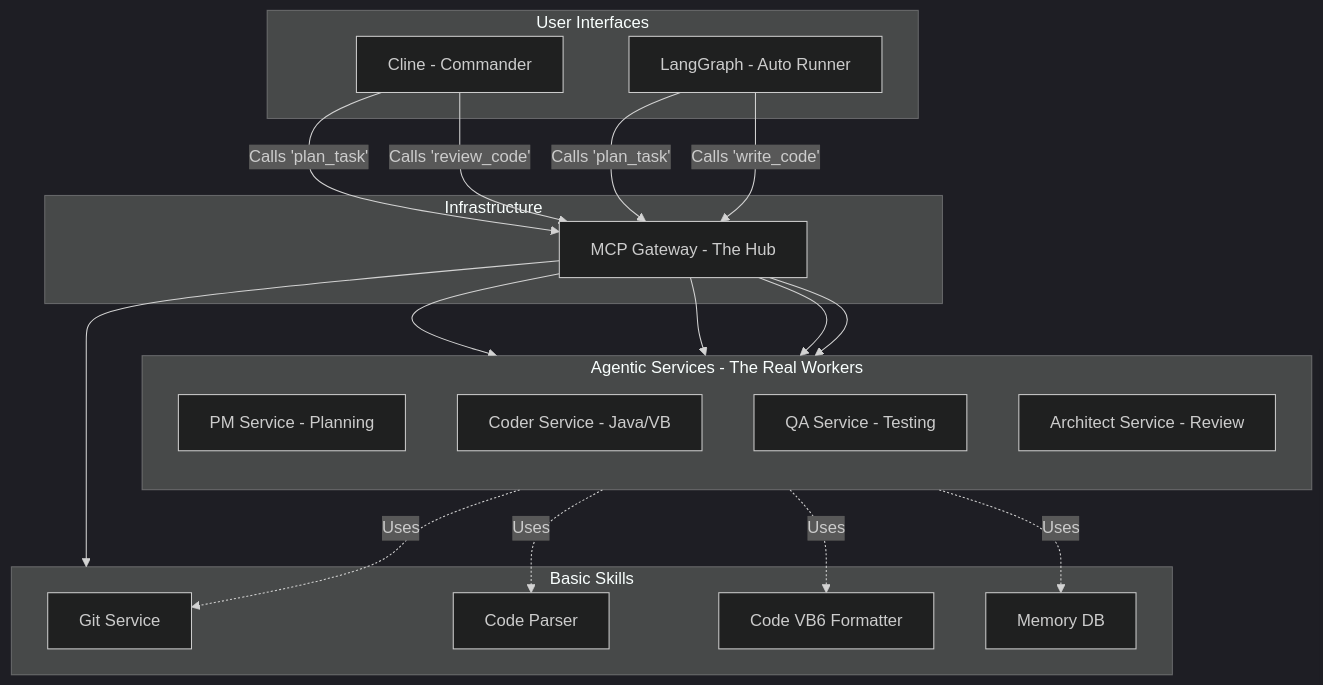
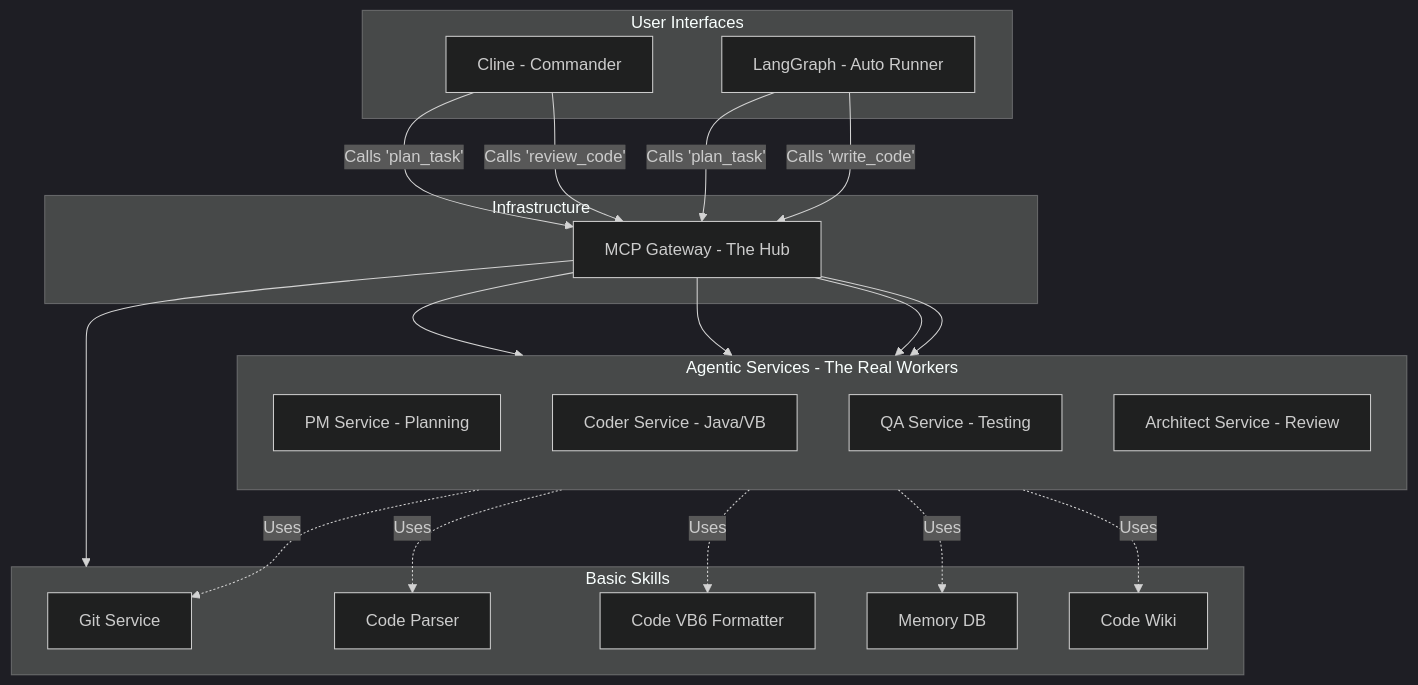
The first of 2 diagrams in docs/custom_agent_design.md (wmwang/ai_coding_agent), drawn with Mermaid (dark theme) before and after one commit.

````diff
--- a/docs/custom_agent_design.md
+++ b/docs/custom_agent_design.md
@@ -18,47 +18,49 @@
 ```mermaid
 flowchart TD
     subgraph Users [User Interfaces]
         Cline[Cline - Commander]
         AutoScript[LangGraph - Auto Runner]
     end
 
     subgraph Router [Infrastructure]
         Gateway[MCP Gateway - The Hub]
     end
 
     subgraph Services [Agentic Services - The Real Workers]
         direction TB
         PM_Service[PM Service - Planning]
         Dev_Service[Coder Service - Java/VB]
         QA_Service[QA Service - Testing]
         Arch_Service[Architect Service - Review]
     end
 
     subgraph BasicTools [Basic Skills]
         Git[Git Service]
         Parser[Code Parser]
         Format[Code VB6 Formatter]
         DB[Memory DB]
+        Wiki[Code Wiki]
     end
 
     %% Cline Calls
     Cline -->|Calls 'plan_task'| Gateway
     Cline -->|Calls 'review_code'| Gateway
 
     %% LangGraph Calls
     AutoScript -->|Calls 'plan_task'| Gateway
     AutoScript -->|Calls 'write_code'| Gateway
     
     %% Gateway Routing
     Gateway --> PM_Service
     Gateway --> Dev_Service
     Gateway --> QA_Service
     Gateway --> Arch_Service
     Gateway --> BasicTools
 
     %% Services use Basic Tools
     PM_Service -.->|Uses| DB
+    PM_Service -.->|Uses| Wiki
     Dev_Service -.->|Uses| Parser
     Dev_Service -.->|Uses| Format
     Dev_Service -.->|Uses| Git
 ```
````
